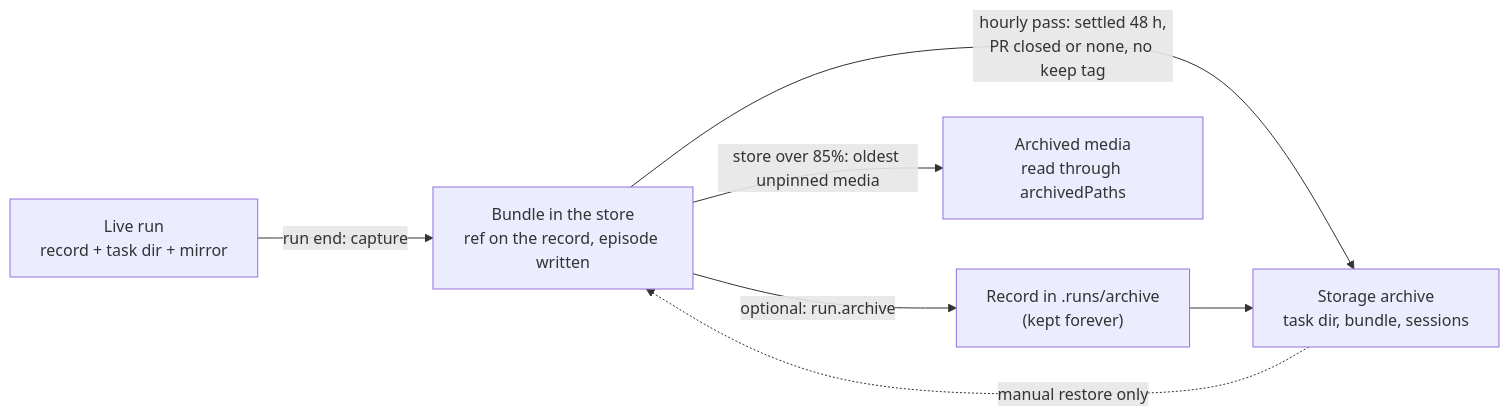
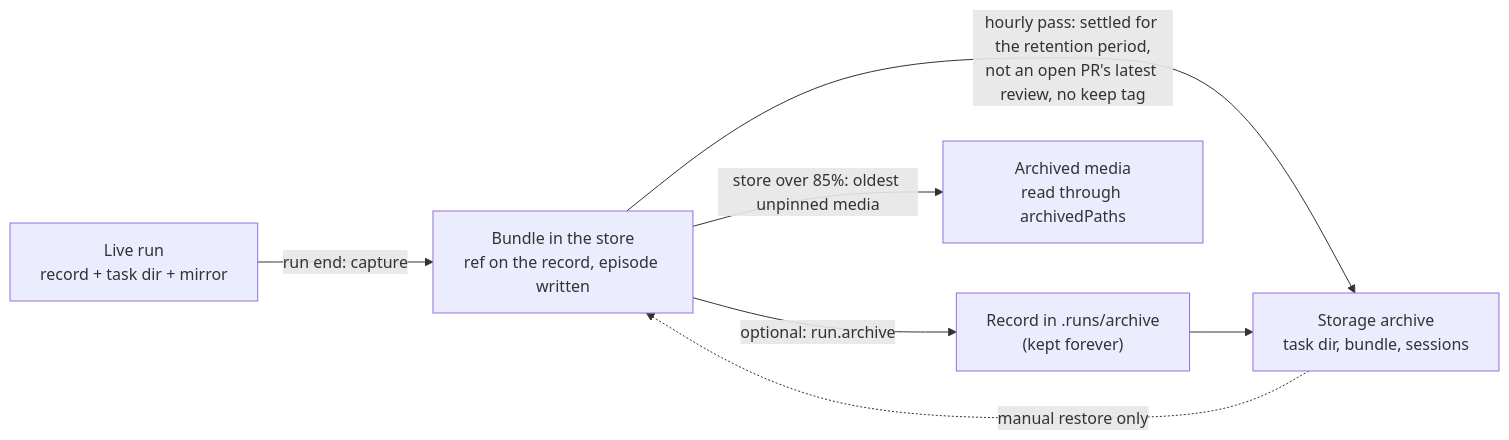
Before and after one commit to deeeed/farmslot: the second of 3 diagrams in docs/reference/run-data-sync.md, drawn with Mermaid. The commit also changed other lines of this file and 2 other files, not shown here.

First line of the commit message:
docs: describe the configured retention rule and spread parallel map flows

````diff
--- a/docs/reference/run-data-sync.md
+++ b/docs/reference/run-data-sync.md
@@ -164,9 +168,9 @@
 ```mermaid
 flowchart LR
   Live["Live run<br/>record + task dir + mirror"] -->|run end: capture| Bundle["Bundle in the store<br/>ref on the record, episode written"]
   Bundle -->|"optional: run.archive"| RecArch["Record in .runs/archive<br/>(kept forever)"]
-  Bundle -->|"hourly pass: settled 48 h,<br/>PR closed or none, no keep tag"| StoreArch["Storage archive<br/>task dir, bundle, sessions"]
+  Bundle -->|"hourly pass: settled for the retention period,<br/>not an open PR's latest review, no keep tag"| StoreArch["Storage archive<br/>task dir, bundle, sessions"]
   RecArch --> StoreArch
   StoreArch -.->|manual restore only| Bundle
   Bundle -->|"store over 85%: oldest unpinned media"| Media["Archived media<br/>read through archivedPaths"]
 ```
````
